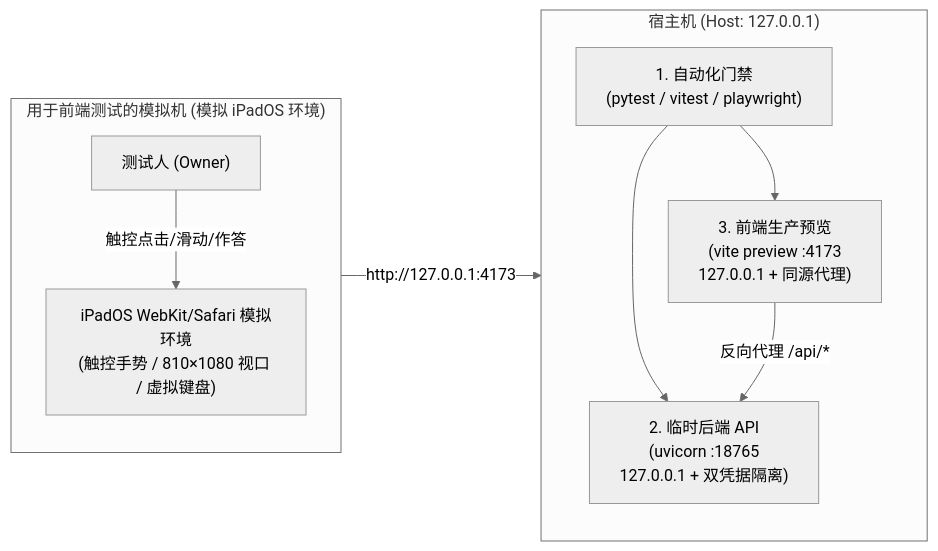
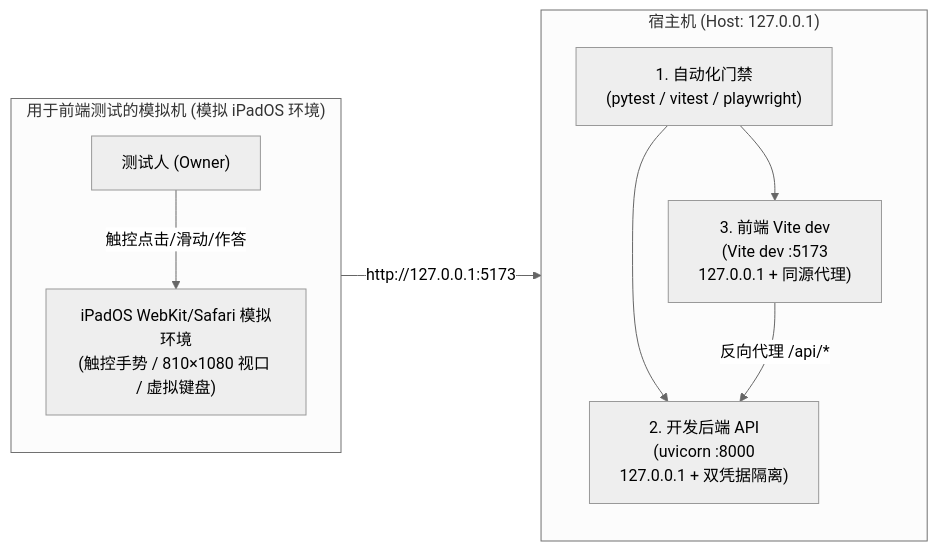
The first of 2 diagrams in docs/quality/manual-acceptance.md (xman900719/pageboy), drawn with Mermaid (neutral theme) before and after one commit. The commit also changed other lines of this file and 79 other files, not shown here.

````diff
--- a/docs/quality/manual-acceptance.md
+++ b/docs/quality/manual-acceptance.md
@@ -14,21 +14,21 @@
 ```mermaid
 flowchart LR
     subgraph Host["宿主机 (Host: 127.0.0.1)"]
         direction TB
         Build["1. 自动化门禁<br/>(pytest / vitest / playwright)"]
-        Backend["2. 临时后端 API<br/>(uvicorn :18765<br/>127.0.0.1 + 双凭据隔离)"]
-        Frontend["3. 前端生产预览<br/>(vite preview :4173<br/>127.0.0.1 + 同源代理)"]
+        Backend["2. 开发后端 API<br/>(uvicorn :8000<br/>127.0.0.1 + 双凭据隔离)"]
+        Frontend["3. 前端 Vite dev<br/>(Vite dev :5173<br/>127.0.0.1 + 同源代理)"]
         Build --> Backend
         Build --> Frontend
     end
 
     subgraph Sim["用于前端测试的模拟机 (模拟 iPadOS 环境)"]
         direction TB
         Browser["iPadOS WebKit/Safari 模拟环境<br/>(触控手势 / 810×1080 视口 / 虚拟键盘)"]
         Tester["测试人 (Owner)"]
         Tester -->|触控点击/滑动/作答| Browser
     end
 
-    Browser -->|"http://127.0.0.1:4173"| Frontend
+    Browser -->|"http://127.0.0.1:5173"| Frontend
     Frontend -->|"反向代理 /api/*"| Backend
 ```
````
